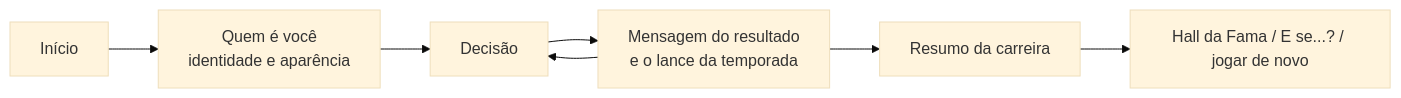
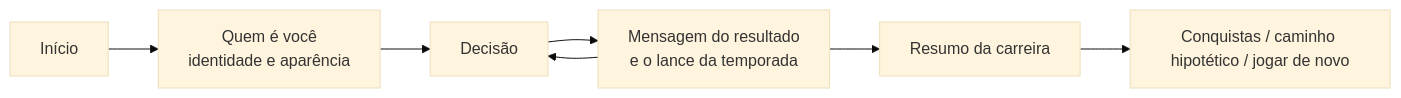
The diagram in v2/README.md (SamuelGdA/fut), drawn with Mermaid (base theme) before and after one commit. The commit also changed other lines of this file and 95 other files, not shown here.

````diff
--- a/v2/README.md
+++ b/v2/README.md
@@ -38,9 +126,9 @@
 ```mermaid
 flowchart LR
   A[Início] --> B[Quem é você<br/>identidade e aparência]
   B --> C[Decisão]
   C --> D[Mensagem do resultado<br/>e o lance da temporada]
   D --> C
   D --> E[Resumo da carreira]
-  E --> F[Hall da Fama / E se...? / jogar de novo]
+  E --> F[Conquistas / caminho hipotético / jogar de novo]
 ```
````
